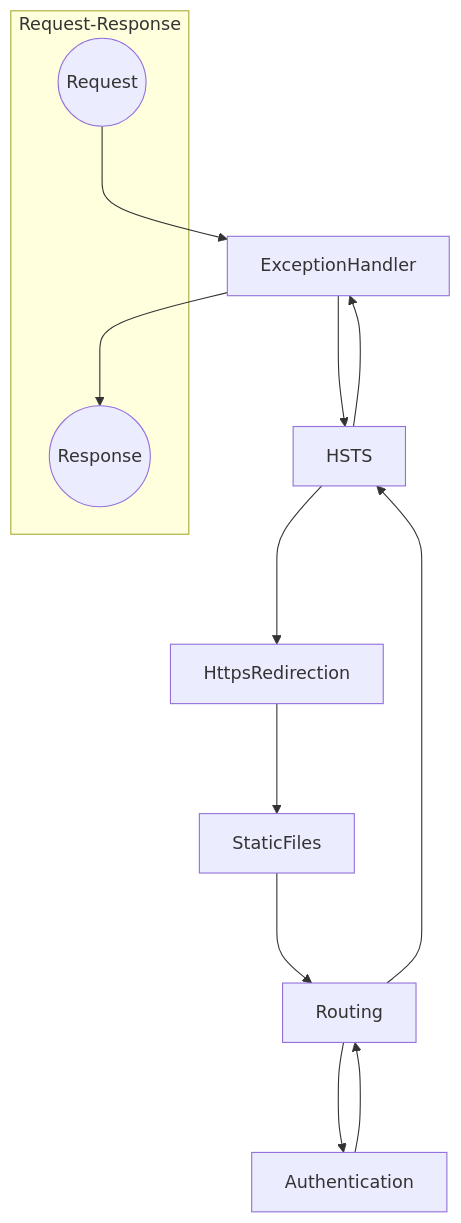
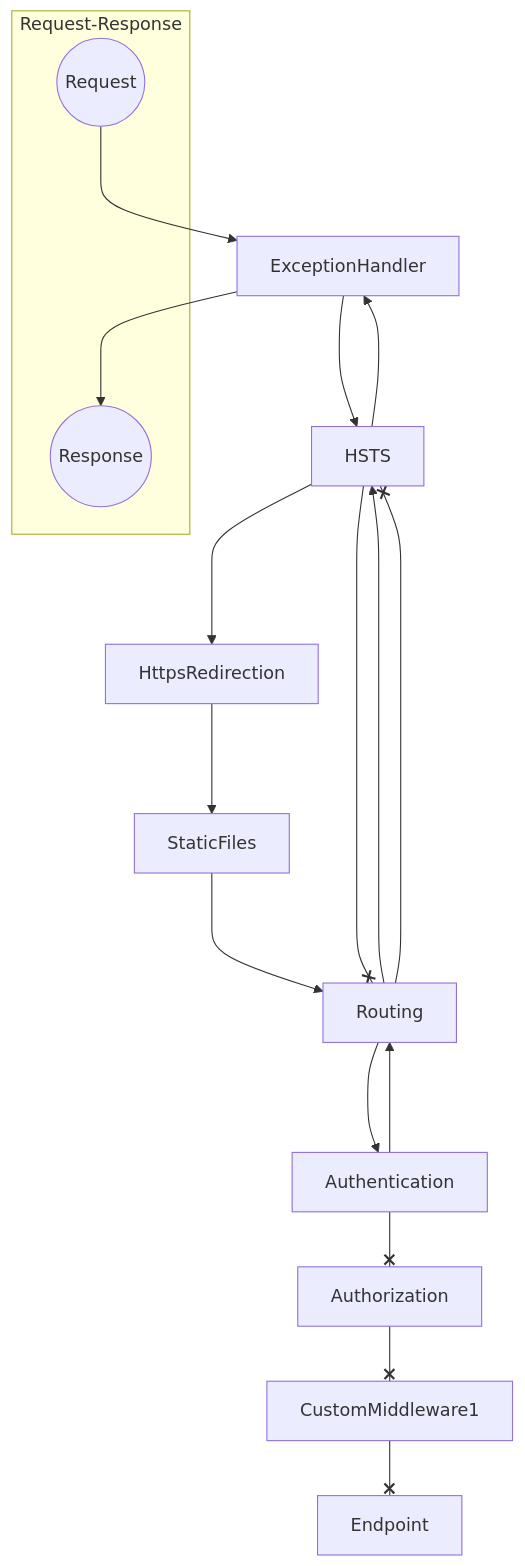
Before and after one commit to Rick-Anderson/MiddlewareMermaid: the diagram in MiddlewareMermaid/graphTD_colorRRx.md, drawn with Mermaid.

````diff
--- a/MiddlewareMermaid/graphTD_colorRRx.md
+++ b/MiddlewareMermaid/graphTD_colorRRx.md
@@ -1,17 +1,24 @@
 ```mermaid
 graph TD;
     subgraph Request-Response
         Request((Request))
         Response((Response))
     end
     Request--->ExceptionHandler
     ExceptionHandler--->HSTS
     HSTS--->HttpsRedirection
     HttpsRedirection--->StaticFiles
     StaticFiles--->Routing
     Routing--->Authentication
     Authentication--->Routing
     Routing--->HSTS
     HSTS--->ExceptionHandler
     ExceptionHandler--->Response
+
+    HSTS--xRouting
+    Routing--xHSTS
+    Authentication--xAuthorization
+    Authorization--xCustomMiddleware1
+    CustomMiddleware1--xEndpoint
+
 ```
````
